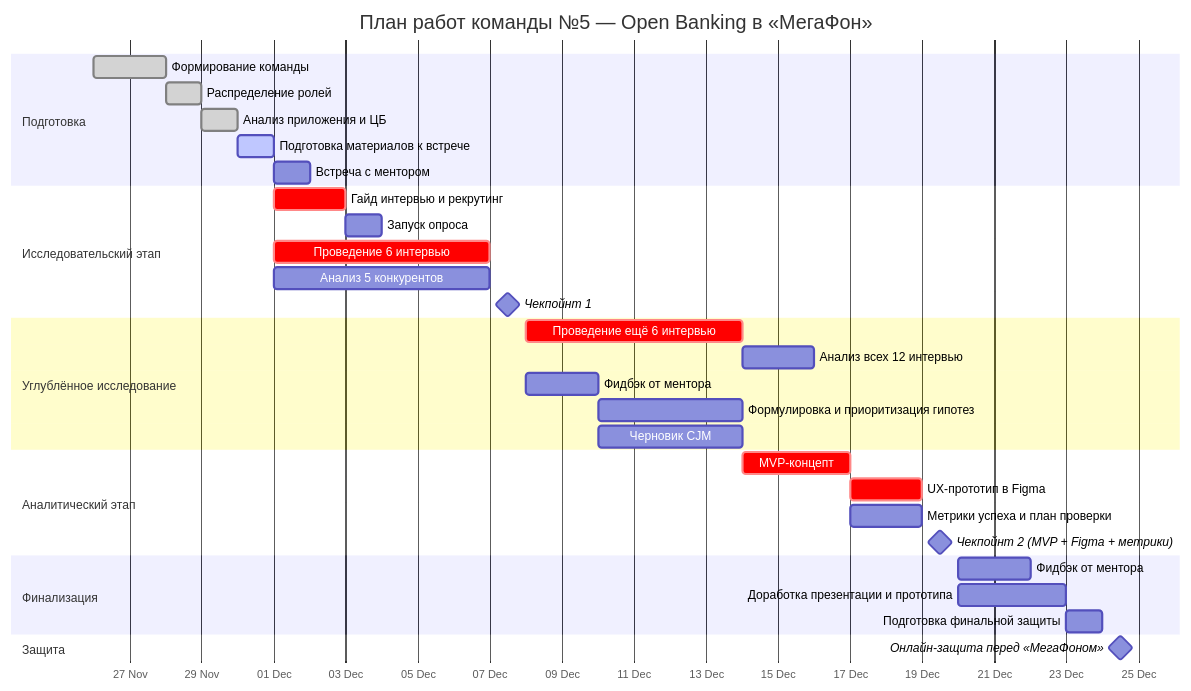
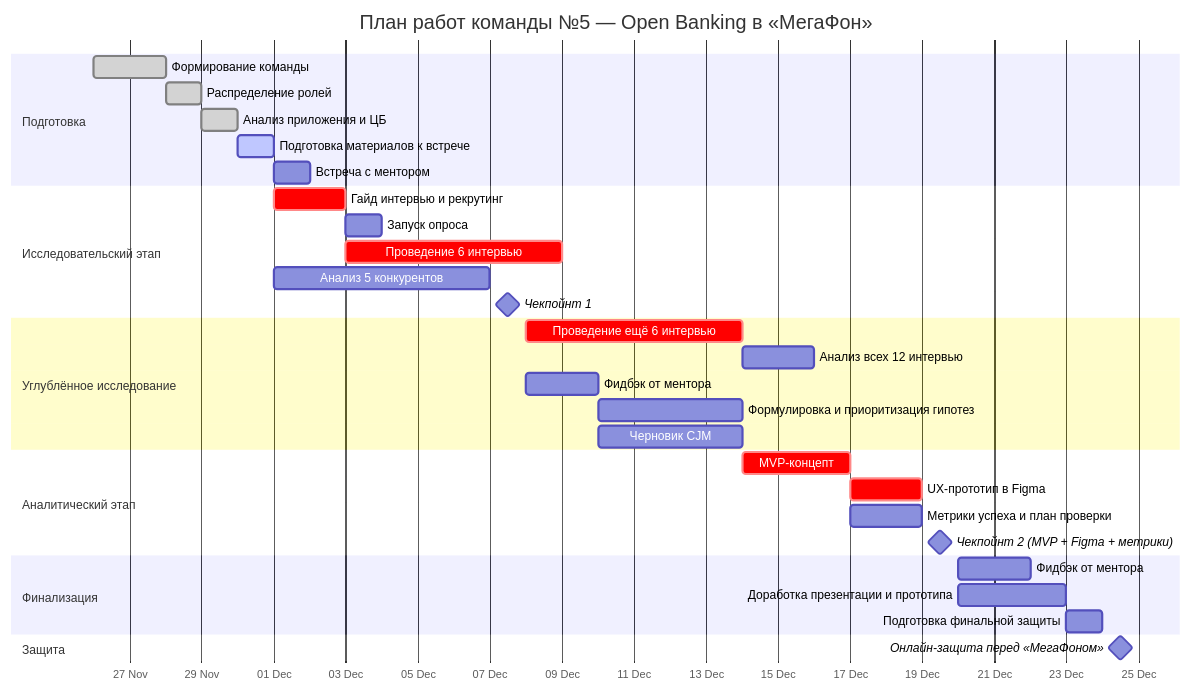
The diagram in README.md (d-dmitriev/RanepaOpenBanking), drawn with Mermaid before and after one commit.

````diff
--- a/README.md
+++ b/README.md
@@ -44,41 +44,41 @@
 ```mermaid
 gantt
     title План работ команды №5 — Open Banking в «МегаФон»
     dateFormat  YYYY-MM-DD
     axisFormat  %d %b
 
     section Подготовка
     Формирование команды                :done,    des1, 2025-11-26, 2d
     Распределение ролей                 :done,    des2, after des1, 1d
     Анализ приложения и ЦБ              :done,    des3, after des2, 1d
     Подготовка материалов к встрече     :active,  des4, after des3, 1d
     Встреча с ментором                  :         des5, after des4, 1d
 
     section Исследовательский этап
     Гайд интервью и рекрутинг           :crit,    res1, 2025-12-01, 2d
     Запуск опроса                       :         res2, after res1, 1d
-    Проведение 6 интервью               :crit,    res3, 2025-12-01, 6d
+    Проведение 6 интервью               :crit,    res3, after res1, 6d
     Анализ 5 конкурентов                :         res4, 2025-12-01, 6d
     Чекпойнт 1                          :milestone, cp1, 2025-12-07, 1d
 
     section Углублённое исследование
     Проведение ещё 6 интервью           :crit,    res5, 2025-12-08, 6d
     Анализ всех 12 интервью             :         res6, after res5, 2d
     Фидбэк от ментора                   :         res7, 2025-12-08, 2d
     Формулировка и приоритизация гипотез:         res8, 2025-12-10, 4d
     Черновик CJM                        :         res9, after res7, 4d
 
     section Аналитический этап
     MVP-концепт                         :crit,    ana1, after res9, 3d
     UX-прототип в Figma                 :crit,    ana2, after ana1, 2d
     Метрики успеха и план проверки      :         ana3, after ana1, 2d
     Чекпойнт 2 (MVP + Figma + метрики)  :milestone, cp2, 2025-12-19, 1d
 
     section Финализация
     Фидбэк от ментора                   :         fin1, 2025-12-20, 2d
     Доработка презентации и прототипа   :         fin2, 2025-12-20, 3d
     Подготовка финальной защиты         :         fin3, after fin2, 1d
 
     section Защита
     Онлайн-защита перед «МегаФоном»     :milestone, final, 2025-12-24, 1d
 ```
````
